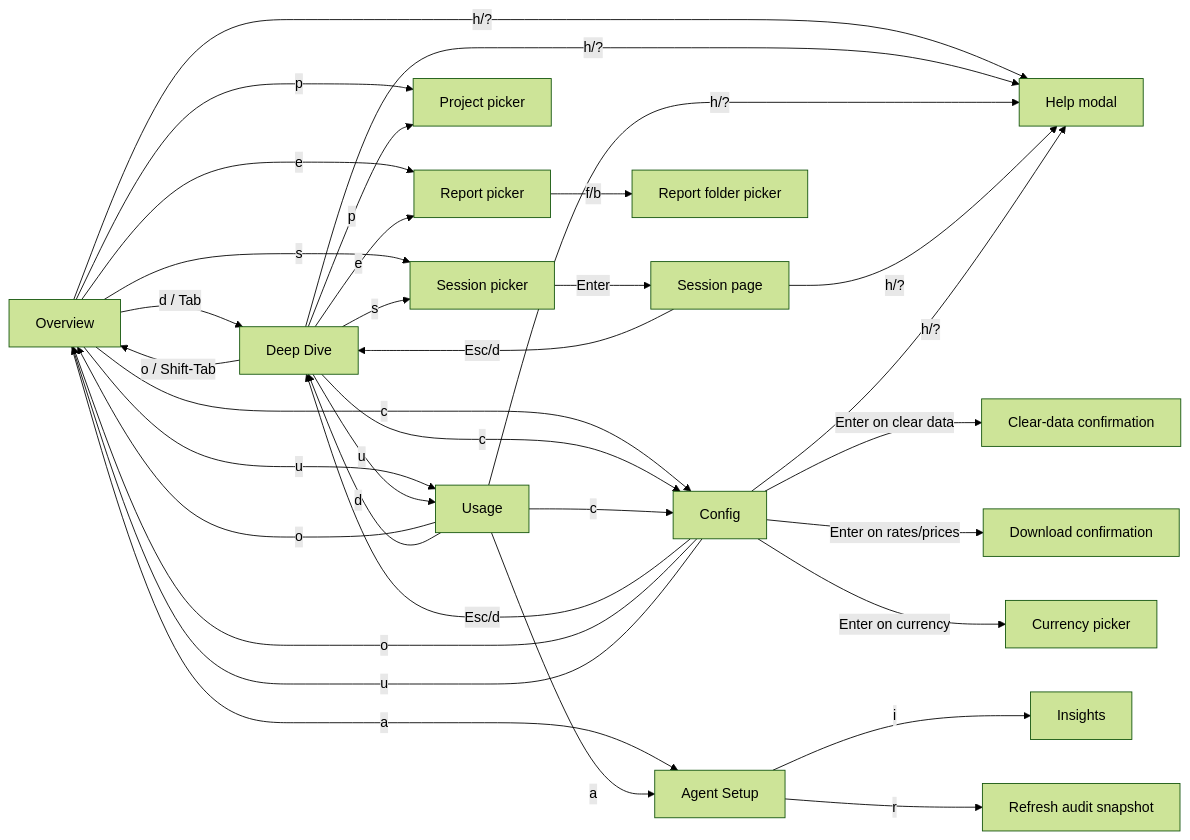
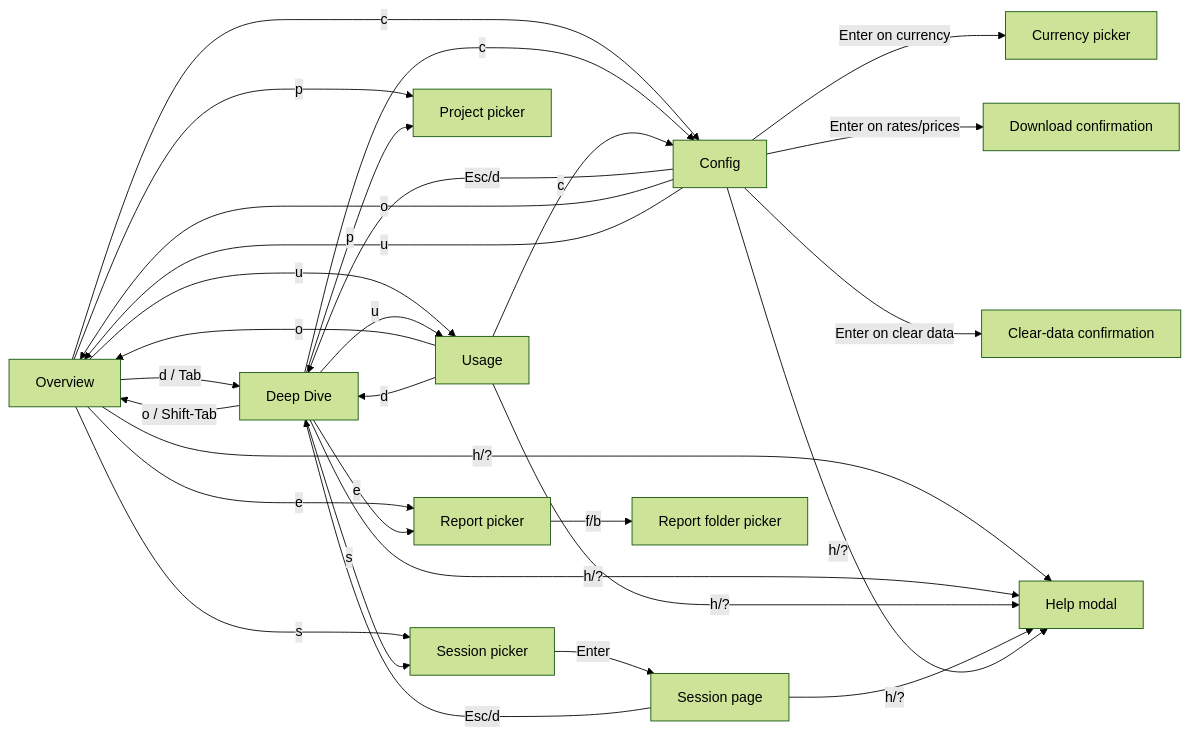
The third of 4 diagrams in docs/development/architecture.md (russmckendrick/tokenuse), drawn with Mermaid (forest theme) before and after one commit. The commit also changed other lines of this file and 7 other files, not shown here.

First line of the commit message:
docs: remove Insights and Agent Setup from guides and architecture

````diff
--- a/docs/development/architecture.md
+++ b/docs/development/architecture.md
@@ -95,36 +95,32 @@
 ```mermaid
 flowchart LR
     O[Overview] -- d / Tab --> DD[Deep Dive]
     O -- u --> U[Usage]
-    O -- a --> A[Agent Setup]
     O -- c --> Cfg[Config]
     O -- s --> SP[Session picker]
     SP -- Enter --> Sess[Session page]
     DD -- o / Shift-Tab --> O
     DD -- u --> U
     DD -- s --> SP
     DD -- c --> Cfg
     U -- o --> O
     U -- d --> DD
-    U -- a --> A
     U -- c --> Cfg
-    A -- r --> ARefresh[Refresh audit snapshot]
-    A -- i --> I[Insights]
     Cfg -- Esc/d --> DD
     Cfg -- o --> O
     Cfg -- u --> O
     Sess -- Esc/d --> DD
     O -- p --> Pick[Project picker]
     DD -- p --> Pick
     O -- e --> Exp[Report picker]
     DD -- e --> Exp
     Exp -- f/b --> FPick[Report folder picker]
     Cfg -- Enter on currency --> Curr[Currency picker]
     Cfg -- Enter on rates/prices --> DL[Download confirmation]
     Cfg -- Enter on clear data --> Clear[Clear-data confirmation]
     O -- h/? --> Help[Help modal]
     DD -- h/? --> Help
     U -- h/? --> Help
     Sess -- h/? --> Help
     Cfg -- h/? --> Help
 ```
````
